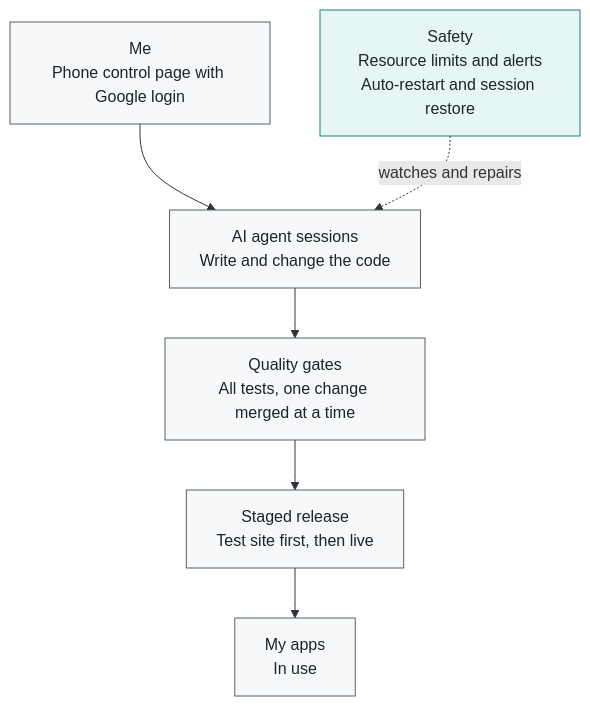
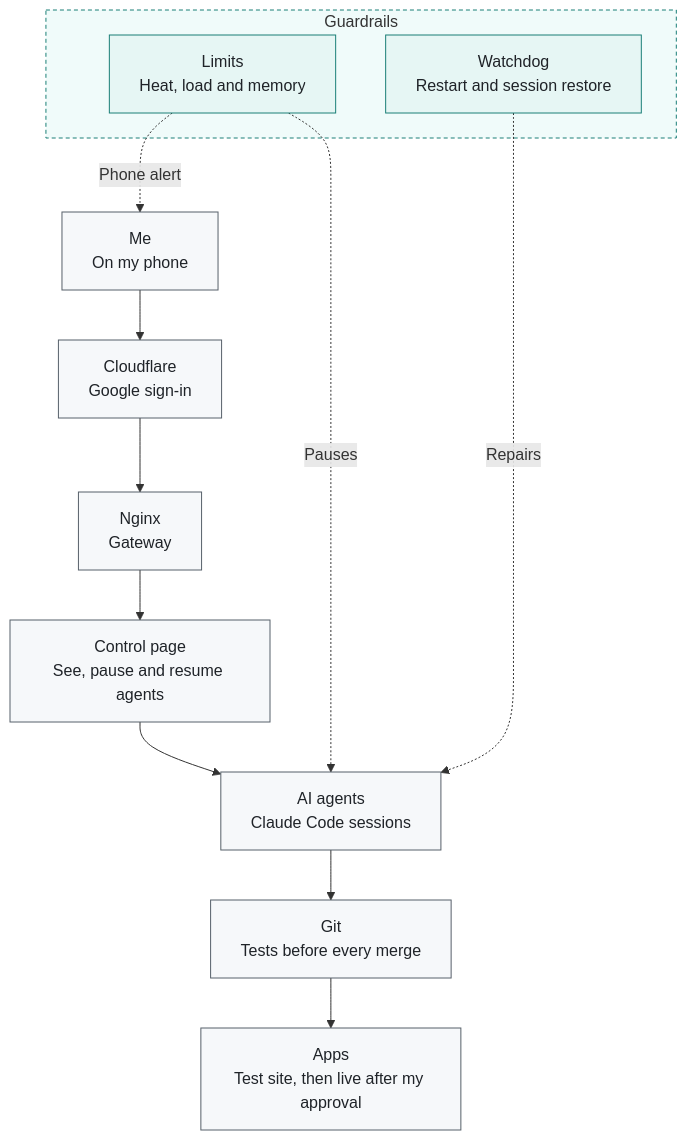
The first of 2 diagrams in README.md (murilobellatini/murilobellatini), drawn with Mermaid before and after one commit. The commit also changed other lines of this file and 1 other file, not shown here.

Commit message:
docs: Pi diagram with real components

````diff
--- a/README.md
+++ b/README.md
@@ -134,14 +134,24 @@
 ```mermaid
 flowchart TD
-    ME[Me<br>Phone control page with Google login] --> AG[AI agent sessions<br>Write and change the code]
-    AG --> QA[Quality gates<br>All tests, one change merged at a time]
-    QA --> REL[Staged release<br>Test site first, then live]
-    REL --> APP[My apps<br>In use]
+    U[Me<br>On my phone] --> CF[Cloudflare<br>Google sign-in]
+    CF --> NG[Nginx<br>Gateway]
+    NG --> CP[Control page<br>See, pause and resume agents]
+    CP --> AG[AI agents<br>Claude Code sessions]
+    AG --> GIT[Git<br>Tests before every merge]
+    GIT --> APP[Apps<br>Test site, then live after my approval]
 
-    SAF[Safety<br>Resource limits and alerts<br>Auto-restart and session restore] -. watches and repairs .-> AG
+    subgraph GR[Guardrails]
+        LIM[Limits<br>Heat, load and memory]
+        WD[Watchdog<br>Restart and session restore]
+    end
+
+    LIM -. Pauses .-> AG
+    WD -. Repairs .-> AG
+    LIM -. Phone alert .-> U
 
     classDef main fill:#f6f8fa,stroke:#57606a,color:#1f2328;
     classDef safe fill:#e6f6f4,stroke:#1a7f77,color:#1f2328;
-    class ME,AG,QA,REL,APP main;
-    class SAF safe;
+    class U,CF,NG,CP,AG,GIT,APP main;
+    class LIM,WD safe;
+    style GR fill:#f0fbfa,stroke:#1a7f77,stroke-dasharray:4 3;
 ```
````
